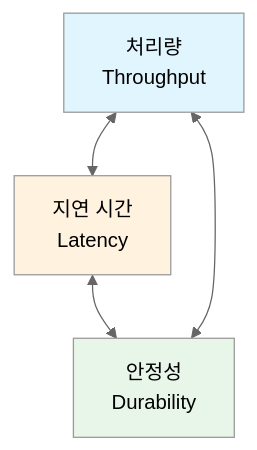
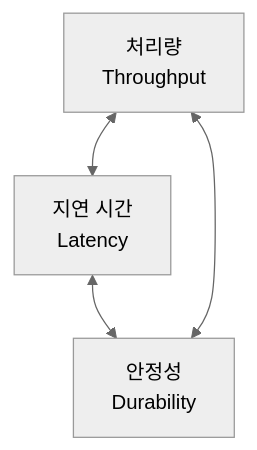
The first of 3 diagrams in content/ko/docs/kafka/howto/producer-performance-tuning.md (advanced-beginner/advanced-beginner.github.io), drawn with Mermaid (neutral theme) before and after one commit. The commit also changed 6 other files, not shown here.

First line of the commit message:
fix: Mermaid 색상 스타일(fill/stroke) 29개 제거

````diff
--- a/content/ko/docs/kafka/howto/producer-performance-tuning.md
+++ b/content/ko/docs/kafka/howto/producer-performance-tuning.md
@@ -23,10 +23,6 @@
 ```mermaid
 flowchart TB
     T[처리량<br>Throughput] <--> L[지연 시간<br>Latency]
     L <--> D[안정성<br>Durability]
     D <--> T
-
-    style T fill:#e1f5fe
-    style L fill:#fff3e0
-    style D fill:#e8f5e9
 ```
````
